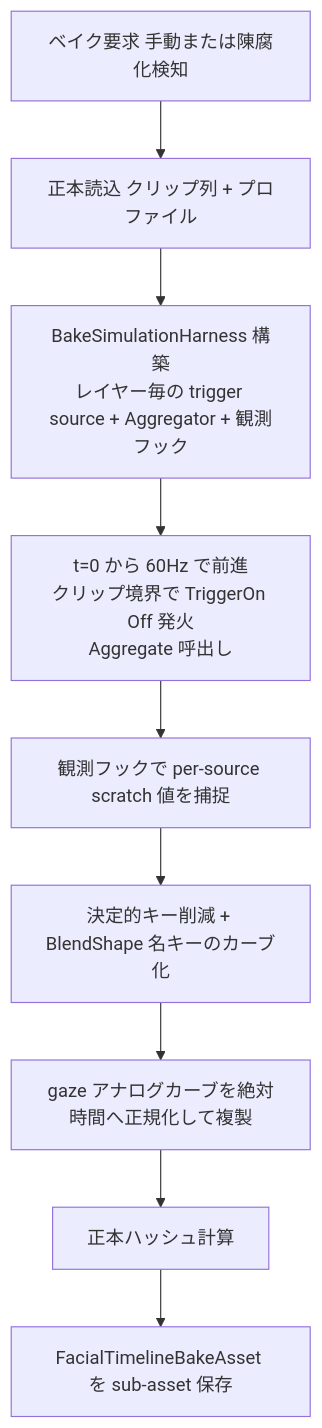
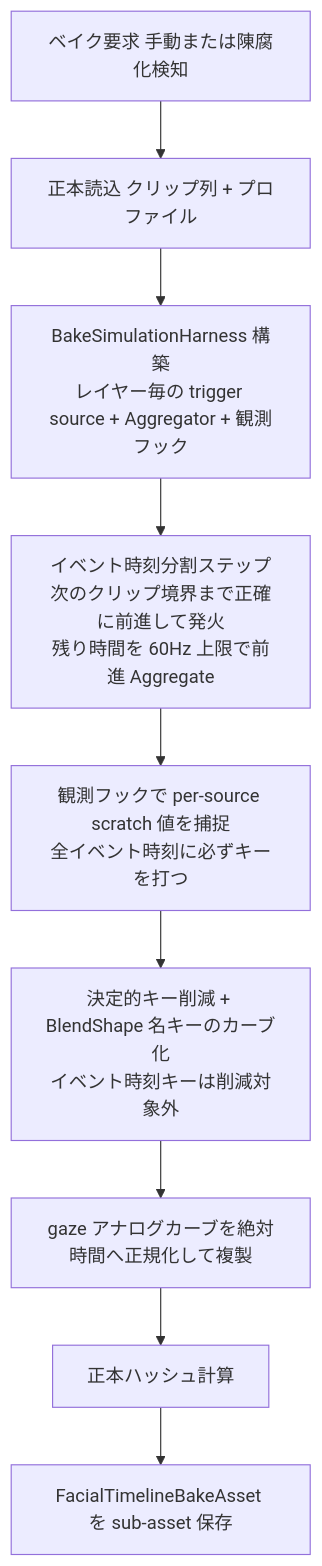
One commit to NHidano/FacialControl changed the third of 4 diagrams in .kiro/specs/rec-timeline-baking/design.md. Above: the diagram before and after it, drawn with Mermaid. The commit also changed other lines of this file and 4 other files, not shown here.

````diff
--- a/.kiro/specs/rec-timeline-baking/design.md
+++ b/.kiro/specs/rec-timeline-baking/design.md
@@ -233,11 +233,11 @@
 ```mermaid
 flowchart TB
     Start[ベイク要求 手動または陳腐化検知] --> Load[正本読込 クリップ列 + プロファイル]
     Load --> Harness[BakeSimulationHarness 構築<br>レイヤー毎の trigger source + Aggregator + 観測フック]
-    Harness --> Step[t=0 から 60Hz で前進<br>クリップ境界で TriggerOn Off 発火<br>Aggregate 呼出し]
-    Step --> Capture[観測フックで per-source scratch 値を捕捉]
-    Capture --> Reduce[決定的キー削減 + BlendShape 名キーのカーブ化]
+    Harness --> Step[イベント時刻分割ステップ<br>次のクリップ境界まで正確に前進して発火<br>残り時間を 60Hz 上限で前進 Aggregate]
+    Step --> Capture[観測フックで per-source scratch 値を捕捉<br>全イベント時刻に必ずキーを打つ]
+    Capture --> Reduce[決定的キー削減 + BlendShape 名キーのカーブ化<br>イベント時刻キーは削減対象外]
     Reduce --> Copy[gaze アナログカーブを絶対時間へ正規化して複製]
     Copy --> Hash[正本ハッシュ計算]
     Hash --> Save[FacialTimelineBakeAsset を sub-asset 保存]
 ```
````
